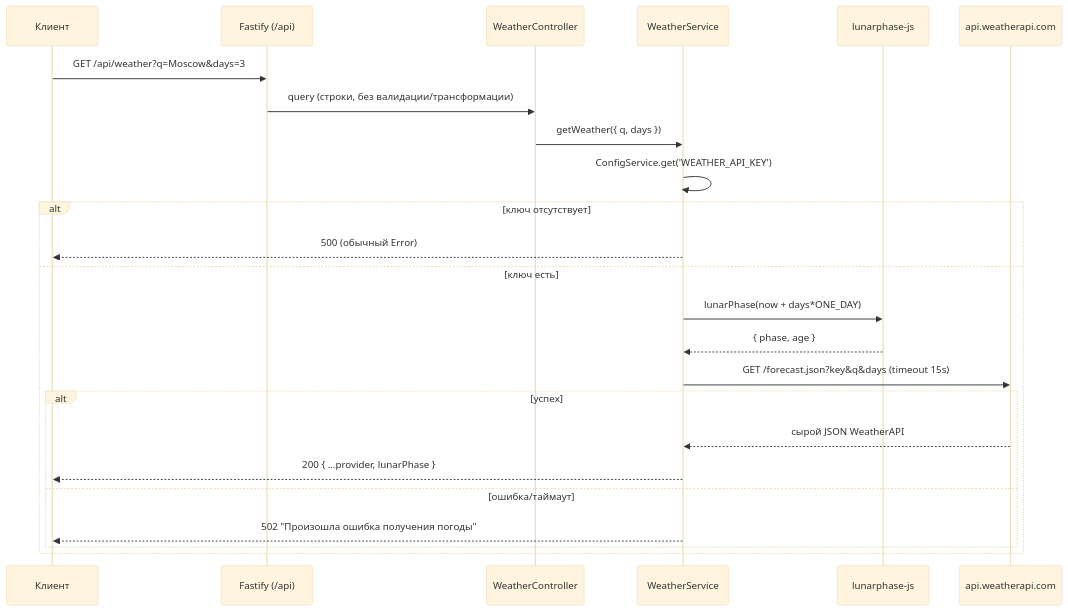
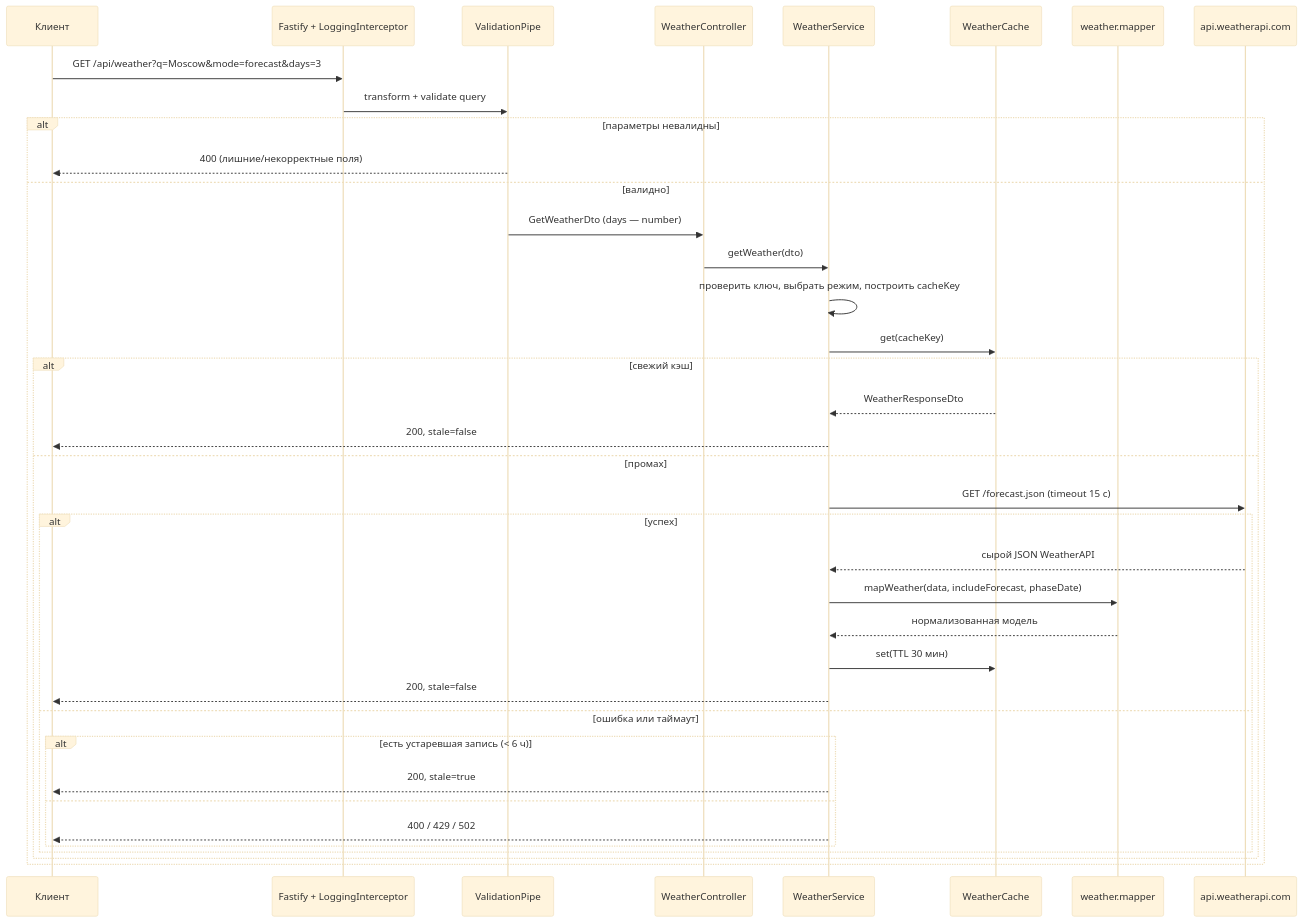
One commit to Papa-Pedro-13/fishing-calendar changed the diagram in docs/02-architecture.md. Above: the diagram before and after it, drawn with Mermaid (base theme). The commit also changed other lines of this file, not shown here.

````diff
--- a/docs/02-architecture.md
+++ b/docs/02-architecture.md
@@ -63,27 +76,41 @@
 ```mermaid
 sequenceDiagram
     participant C as Клиент
-    participant F as Fastify (/api)
+    participant I as Fastify + LoggingInterceptor
+    participant V as ValidationPipe
     participant WC as WeatherController
     participant WS as WeatherService
-    participant L as lunarphase-js
+    participant K as WeatherCache
+    participant M as weather.mapper
     participant W as api.weatherapi.com
 
-    C->>F: GET /api/weather?q=Moscow&days=3
-    F->>WC: query (строки, без валидации/трансформации)
-    WC->>WS: getWeather({ q, days })
-    WS->>WS: ConfigService.get('WEATHER_API_KEY')
-    alt ключ отсутствует
-        WS-->>C: 500 (обычный Error)
-    else ключ есть
-        WS->>L: lunarPhase(now + days*ONE_DAY)
-        L-->>WS: { phase, age }
-        WS->>W: GET /forecast.json?key&q&days (timeout 15s)
-        alt успех
-            W-->>WS: сырой JSON WeatherAPI
-            WS-->>C: 200 { ...provider, lunarPhase }
-        else ошибка/таймаут
-            WS-->>C: 502 "Произошла ошибка получения погоды"
+    C->>I: GET /api/weather?q=Moscow&mode=forecast&days=3
+    I->>V: transform + validate query
+    alt параметры невалидны
+        V-->>C: 400 (лишние/некорректные поля)
+    else валидно
+        V->>WC: GetWeatherDto (days — number)
+        WC->>WS: getWeather(dto)
+        WS->>WS: проверить ключ, выбрать режим, построить cacheKey
+        WS->>K: get(cacheKey)
+        alt свежий кэш
+            K-->>WS: WeatherResponseDto
+            WS-->>C: 200, stale=false
+        else промах
+            WS->>W: GET /forecast.json (timeout 15 с)
+            alt успех
+                W-->>WS: сырой JSON WeatherAPI
+                WS->>M: mapWeather(data, includeForecast, phaseDate)
+                M-->>WS: нормализованная модель
+                WS->>K: set(TTL 30 мин)
+                WS-->>C: 200, stale=false
+            else ошибка или таймаут
+                alt есть устаревшая запись (< 6 ч)
+                    WS-->>C: 200, stale=true
+                else
+                    WS-->>C: 400 / 429 / 502
+                end
+            end
         end
     end
 ```
````
